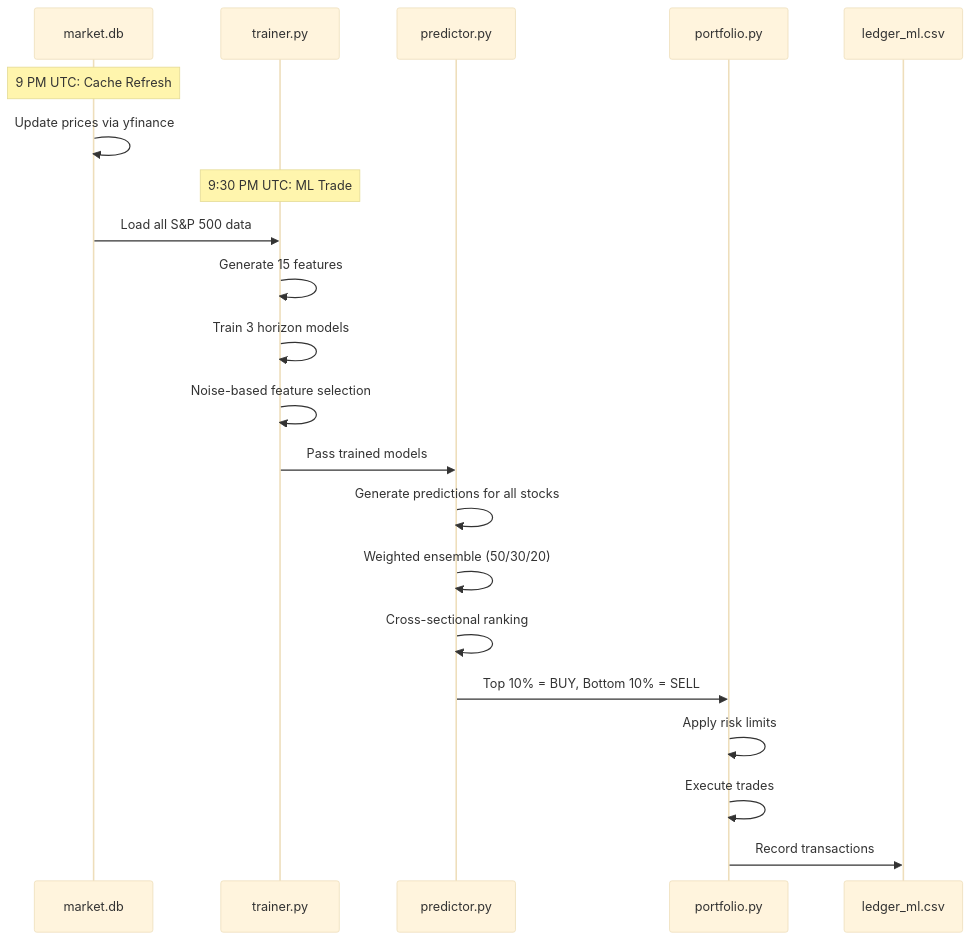
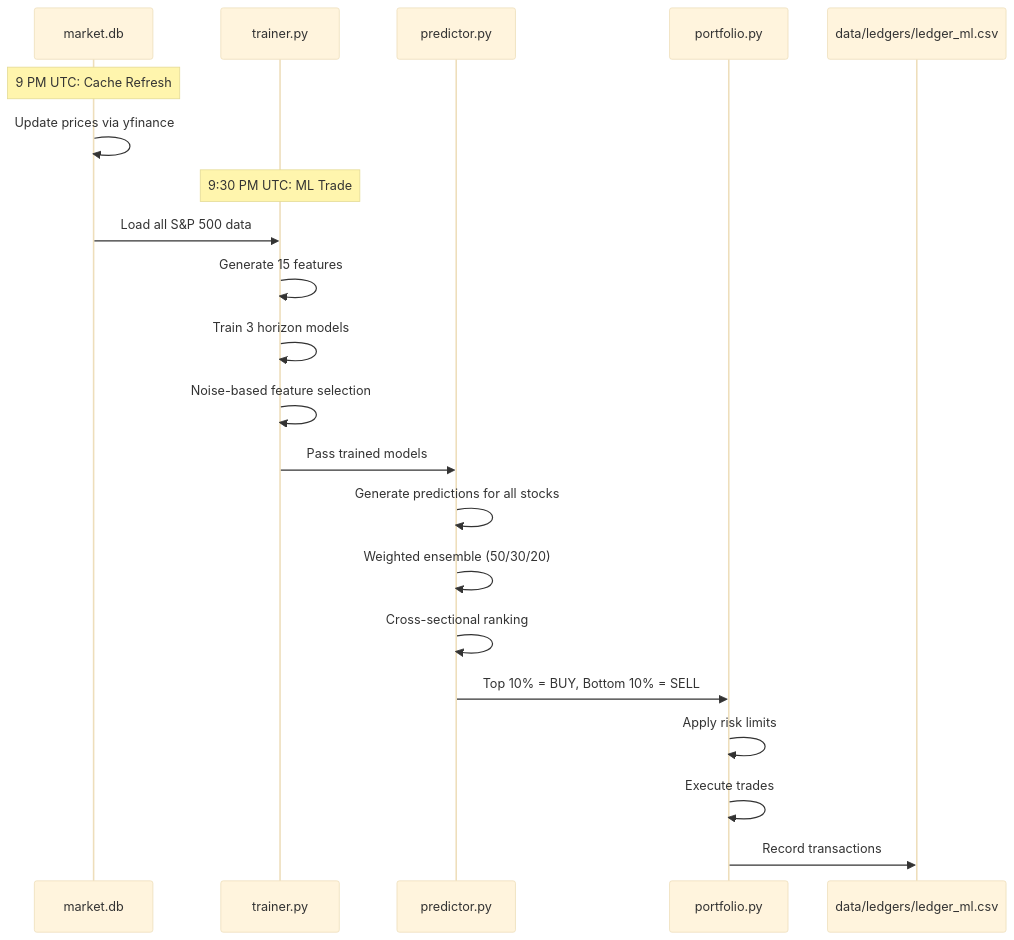
The second of 3 diagrams in docs/ML_STRATEGY.md (PAT0216/paper-trader), drawn with Mermaid (base theme) before and after one commit. The commit also changed other lines of this file and 3 other files, not shown here.

````diff
--- a/docs/ML_STRATEGY.md
+++ b/docs/ML_STRATEGY.md
@@ -106,27 +106,27 @@
 ```mermaid
 sequenceDiagram
     participant Cache as market.db
     participant Trainer as trainer.py
     participant Predictor as predictor.py
     participant Portfolio as portfolio.py
-    participant Ledger as ledger_ml.csv
+    participant Ledger as data/ledgers/ledger_ml.csv
 
     Note over Cache: 9 PM UTC: Cache Refresh
     Cache->>Cache: Update prices via yfinance
     
     Note over Trainer: 9:30 PM UTC: ML Trade
     Cache->>Trainer: Load all S&P 500 data
     Trainer->>Trainer: Generate 15 features
     Trainer->>Trainer: Train 3 horizon models
     Trainer->>Trainer: Noise-based feature selection
     Trainer->>Predictor: Pass trained models
     
     Predictor->>Predictor: Generate predictions for all stocks
     Predictor->>Predictor: Weighted ensemble (50/30/20)
     Predictor->>Predictor: Cross-sectional ranking
     Predictor->>Portfolio: Top 10% = BUY, Bottom 10% = SELL
     
     Portfolio->>Portfolio: Apply risk limits
     Portfolio->>Portfolio: Execute trades
     Portfolio->>Ledger: Record transactions
 ```
````
